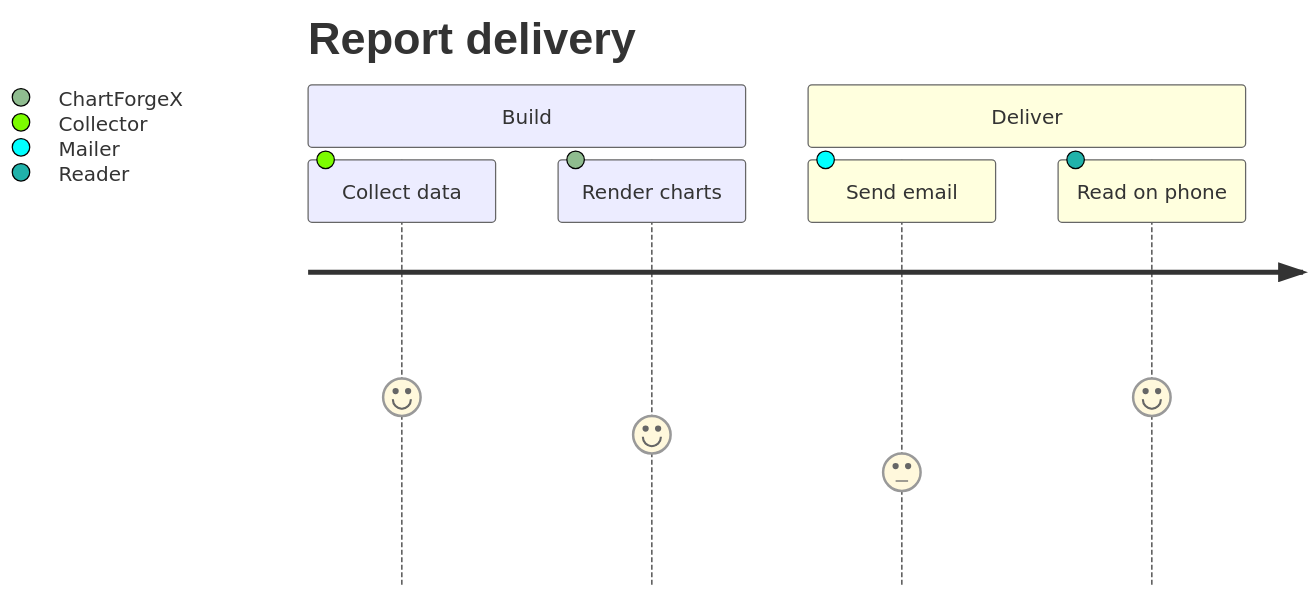
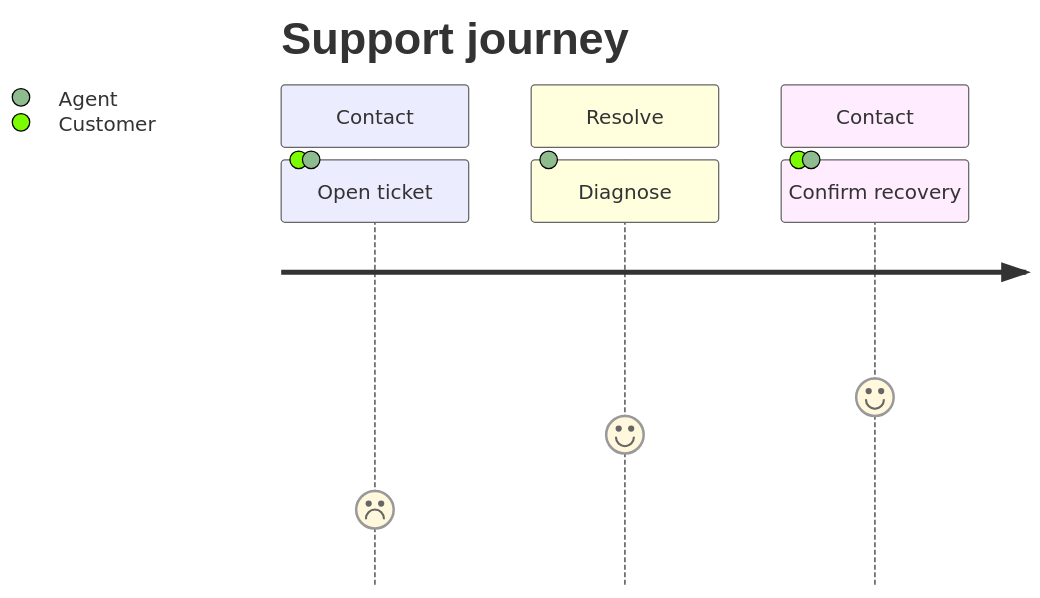
One commit to EvotecIT/ChartForgeX changed the diagram in Website/static/site/atlas/journey.mmd. Above: the diagram before and after it, drawn with Mermaid. The commit also changed 1563 other files, not shown here.

```diff
--- a/Website/static/site/atlas/journey.mmd
+++ b/Website/static/site/atlas/journey.mmd
@@ -1,8 +1,8 @@
 journey
-  title Report delivery
-  section Build
-    Collect data: 5: Collector
-    Render charts: 4: ChartForgeX
-  section Deliver
-    Send email: 3: Mailer
-    Read on phone: 5: Reader
+title Support journey
+section Contact
+Open ticket: 2: Customer, Agent
+section Resolve
+Diagnose: 4: Agent
+section Contact
+Confirm recovery: 5: Customer, Agent
```
